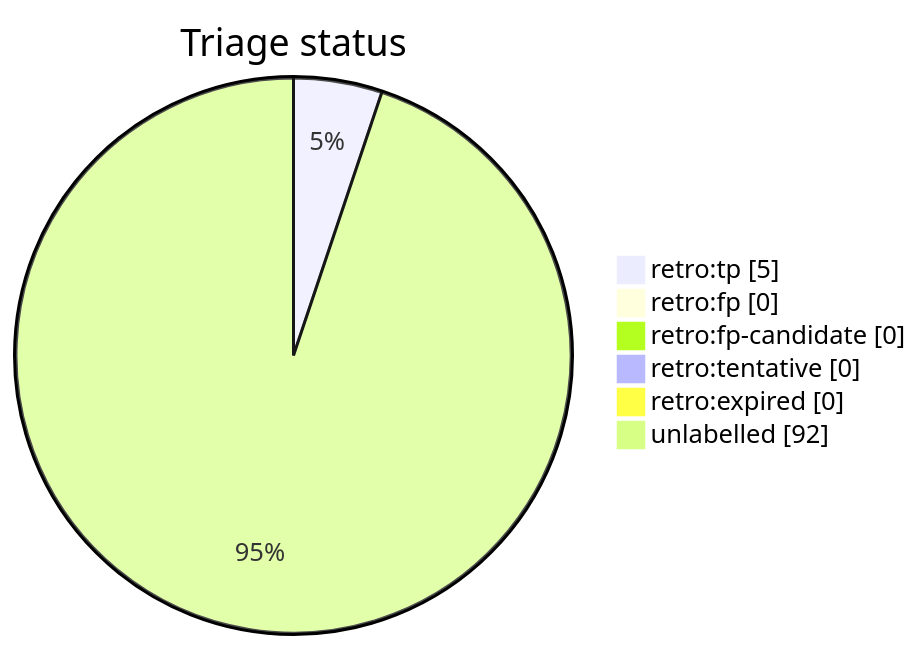
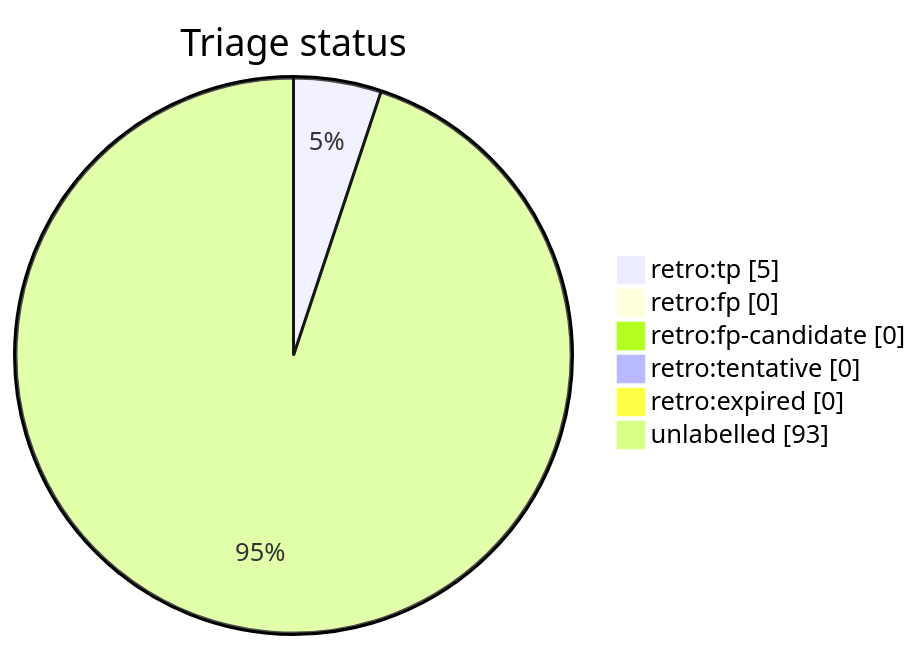
Before and after one commit to tvna/claude-md: the diagram in docs/generated/scripts/auto-retro-triage-report.md, drawn with Mermaid. The commit also changed other lines of this file, not shown here.

````diff
--- a/docs/generated/scripts/auto-retro-triage-report.md
+++ b/docs/generated/scripts/auto-retro-triage-report.md
@@ -20,10 +20,10 @@
 ```mermaid
 pie showData
     title Triage status
     "retro:tp" : 5
     "retro:fp" : 0
     "retro:fp-candidate" : 0
     "retro:tentative" : 0
     "retro:expired" : 0
-    "unlabelled" : 92
+    "unlabelled" : 93
 ```
````
